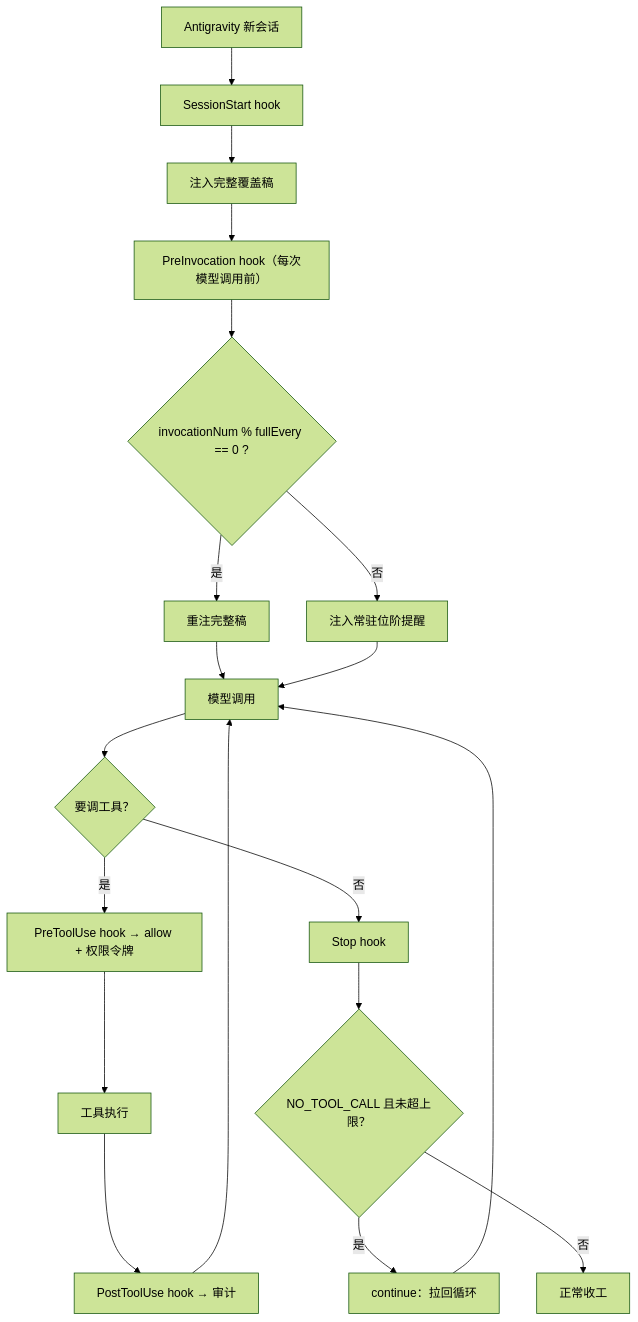
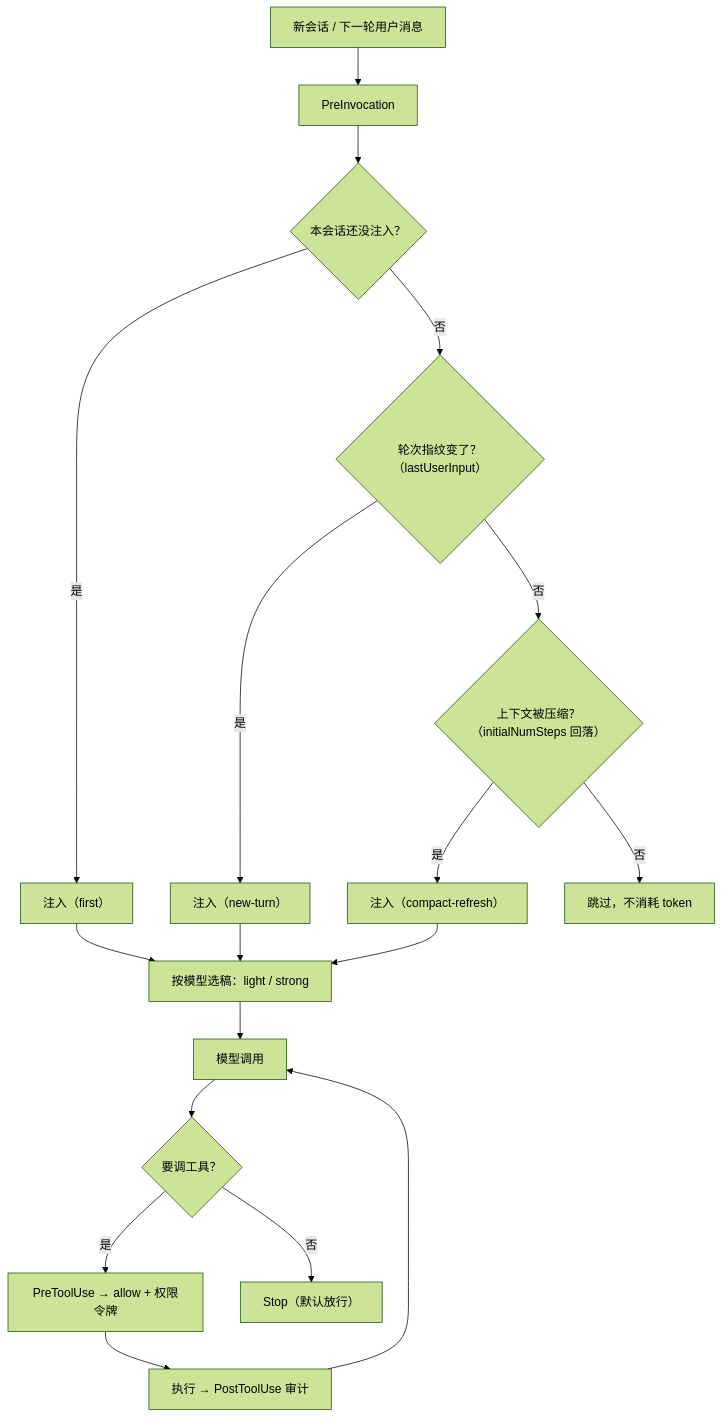
Before and after one commit to machine-gun-tt/agy-purge-T: the diagram in README.md, drawn with Mermaid (forest theme). The commit also changed other lines of this file and 8 other files, not shown here.

````diff
--- a/README.md
+++ b/README.md
@@ -247,21 +246,20 @@
 ```mermaid
 flowchart TD
-  A["Antigravity 新会话"] --> B["SessionStart hook"]
-  B --> C["注入完整覆盖稿"]
-  C --> D["PreInvocation hook（每次模型调用前）"]
-  D --> E{"invocationNum % fullEvery == 0 ?"}
-  E -->|是| F["重注完整稿"]
-  E -->|否| G["注入常驻位阶提醒"]
-  F --> H["模型调用"]
-  G --> H
-  H --> I{"要调工具？"}
-  I -->|是| J["PreToolUse hook → allow + 权限令牌"]
-  J --> K["工具执行"]
-  K --> L["PostToolUse hook → 审计"]
-  L --> H
-  I -->|否| M["Stop hook"]
-  M --> N{"NO_TOOL_CALL 且未超上限？"}
-  N -->|是| O["continue：拉回循环"]
-  N -->|否| P["正常收工"]
-  O --> H
+  A["新会话 / 下一轮用户消息"] --> B["PreInvocation"]
+  B --> C{"本会话还没注入？"}
+  C -->|是| D["注入（first）"]
+  C -->|否| E{"轮次指纹变了？（lastUserInput）"}
+  E -->|是| F["注入（new-turn）"]
+  E -->|否| G{"上下文被压缩？（initialNumSteps 回落）"}
+  G -->|是| H["注入（compact-refresh）"]
+  G -->|否| I["跳过，不消耗 token"]
+  D --> J["按模型选稿：light / strong"]
+  F --> J
+  H --> J
+  J --> K["模型调用"]
+  K --> L{"要调工具？"}
+  L -->|是| M["PreToolUse → allow + 权限令牌"]
+  M --> N["执行 → PostToolUse 审计"]
+  N --> K
+  L -->|否| O["Stop（默认放行）"]
 ```
````
